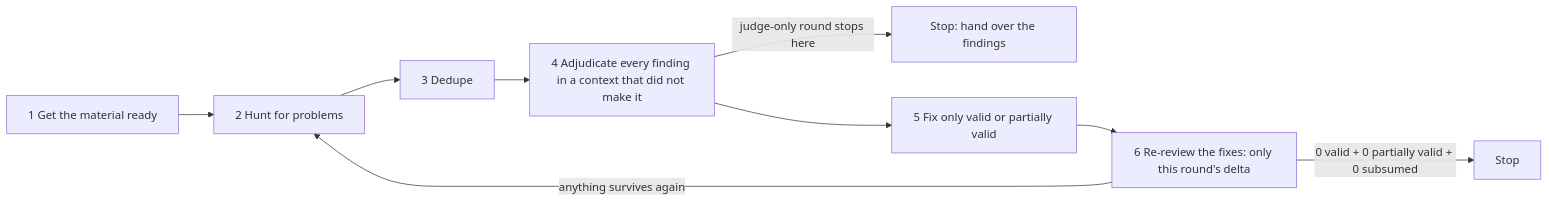
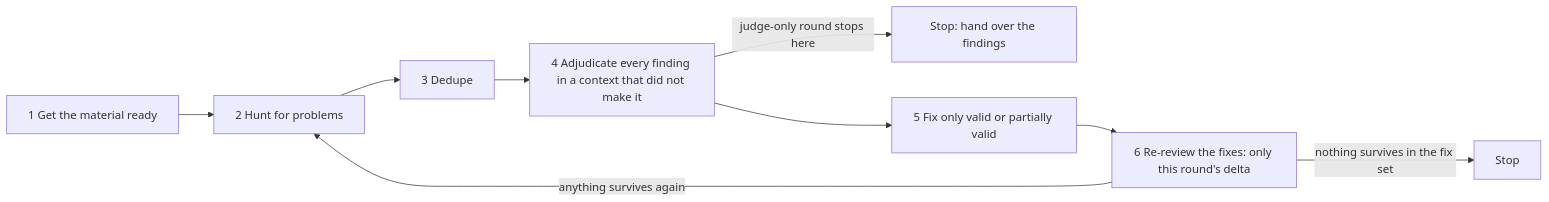
The diagram in skills/engineering/adversarial-review-loop/SKILL.md (CaffreySun/skills), drawn with Mermaid before and after one commit. The commit also changed other lines of this file and 6 other files, not shown here.

````diff
--- a/skills/engineering/adversarial-review-loop/SKILL.md
+++ b/skills/engineering/adversarial-review-loop/SKILL.md
@@ -44,11 +44,11 @@
 ```mermaid
 flowchart LR
   A[1 Get the material ready] --> B[2 Hunt for problems]
   B --> C[3 Dedupe]
   C --> D[4 Adjudicate every finding in a context that did not make it]
   D -->|judge-only round stops here| H[Stop: hand over the findings]
   D --> E[5 Fix only valid or partially valid]
   E --> F[6 Re-review the fixes: only this round's delta]
-  F -->|0 valid + 0 partially valid + 0 subsumed| G[Stop]
+  F -->|nothing survives in the fix set| G[Stop]
   F -->|anything survives again| B
 ```
````
